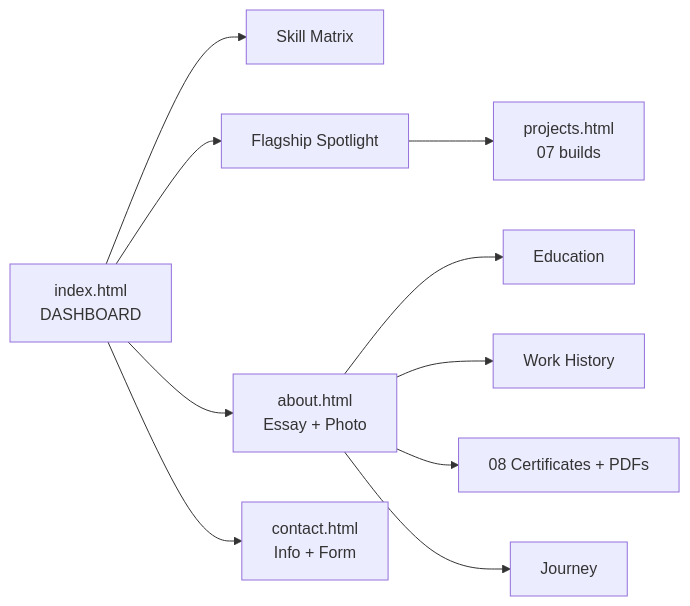
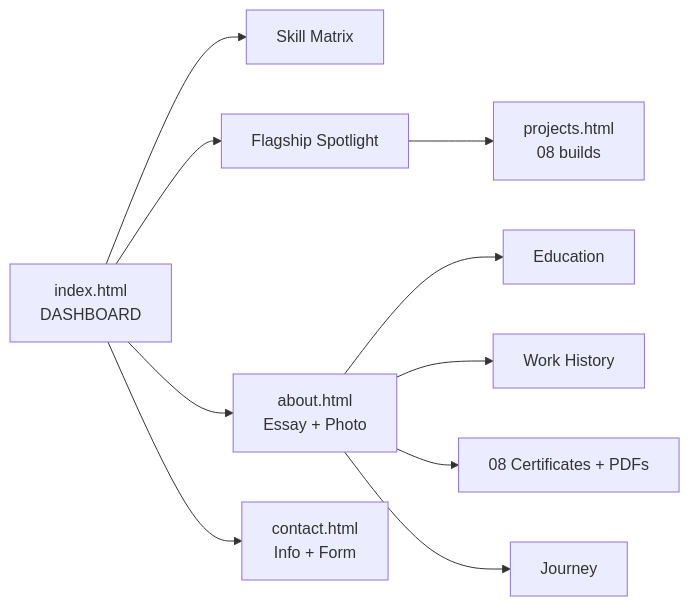
One commit to arkap1502/portfolio changed the diagram in README.md. Above: the diagram before and after it, drawn with Mermaid. The commit also changed other lines of this file and 3 other files, not shown here.

````diff
--- a/README.md
+++ b/README.md
@@ -166,12 +176,12 @@
 ```mermaid
 flowchart LR
     HOME[index.html<br/>DASHBOARD] --> SKILLS[Skill Matrix]
     HOME --> SPOT[Flagship Spotlight]
-    SPOT --> ARCH[projects.html<br/>07 builds]
+    SPOT --> ARCH[projects.html<br/>08 builds]
     HOME --> ABOUT[about.html<br/>Essay + Photo]
     ABOUT --> EDU[Education]
     ABOUT --> WORK[Work History]
     ABOUT --> CERT[08 Certificates + PDFs]
     ABOUT --> JOURNEY[Journey]
     HOME --> CONTACT[contact.html<br/>Info + Form]
 ```
````
